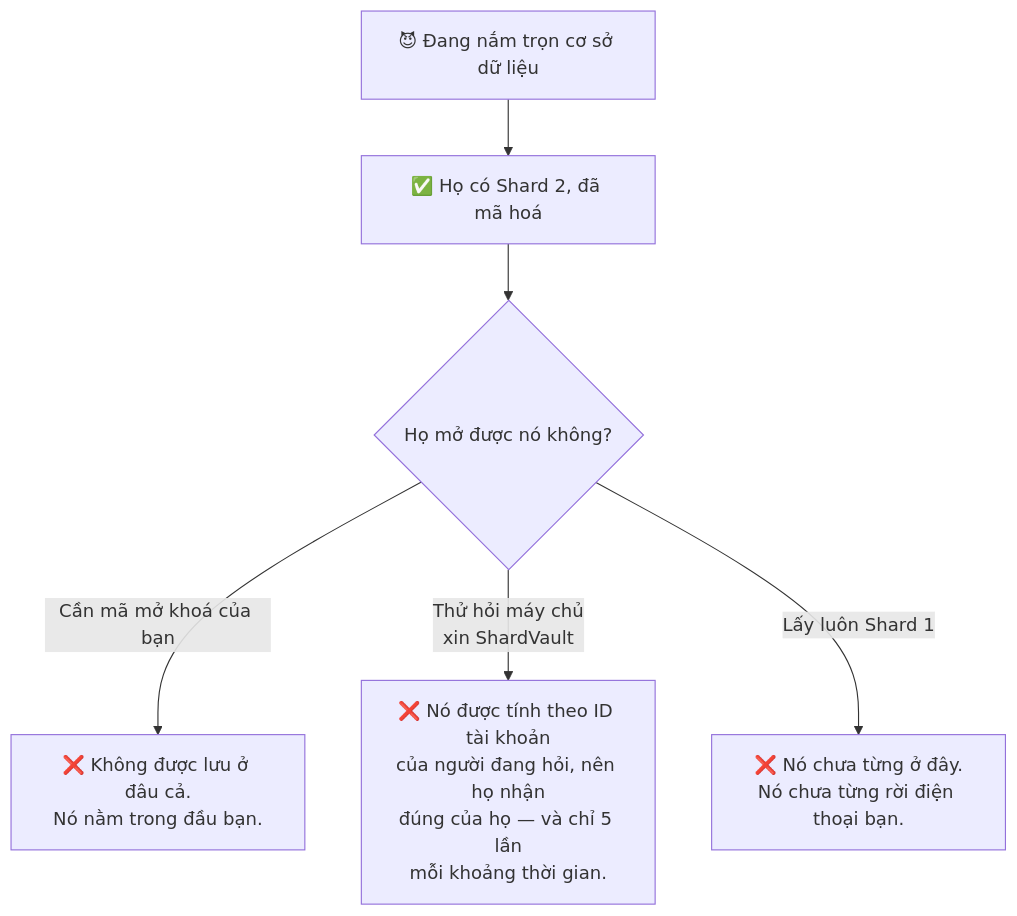
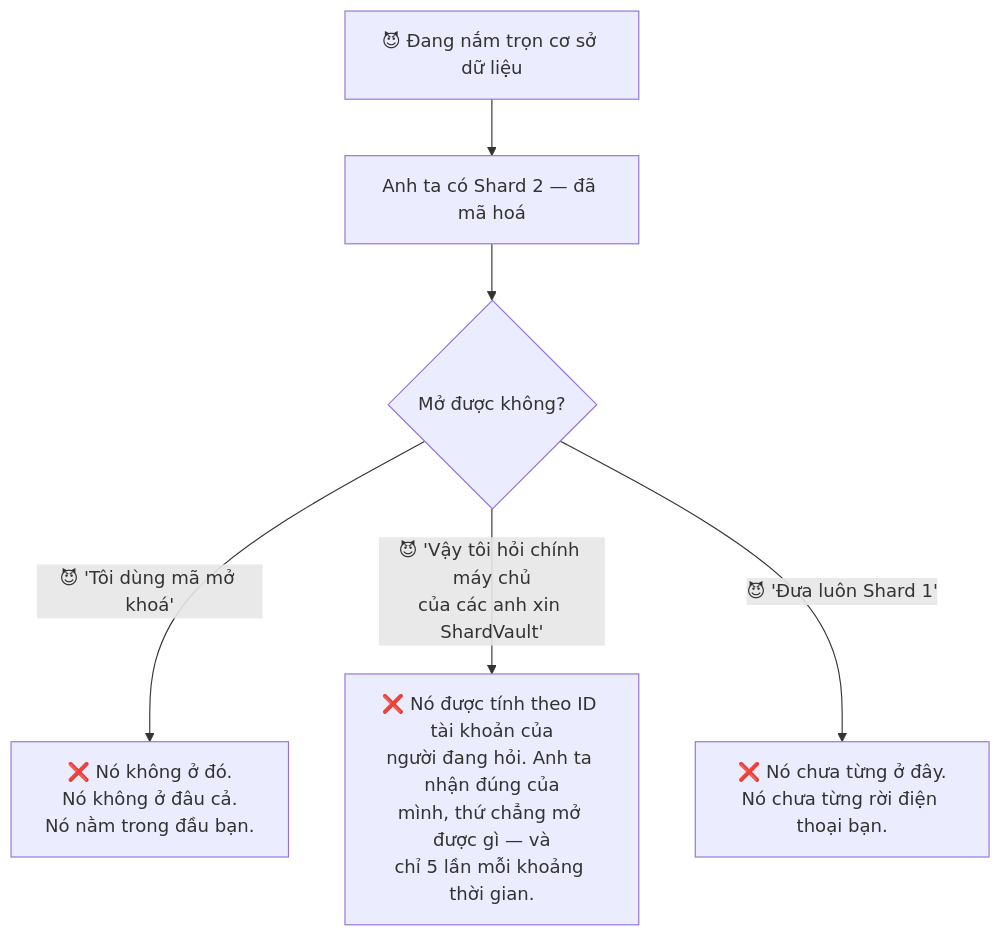
One commit to TuPhung369/passwordepic-website changed the fourth of 11 diagrams in i18n/vi/docusaurus-plugin-content-docs/current/attack-scenarios.md. Above: the diagram before and after it, drawn with Mermaid. The commit also changed other lines of this file and 6 other files, not shown here.

````diff
--- a/i18n/vi/docusaurus-plugin-content-docs/current/attack-scenarios.md
+++ b/i18n/vi/docusaurus-plugin-content-docs/current/attack-scenarios.md
@@ -78,8 +142,8 @@
 ```mermaid
 flowchart TD
-  A["😈 Đang nắm trọn cơ sở dữ liệu"] --> B["✅ Họ có Shard 2, đã mã hoá"]
-  B --> C{"Họ mở được nó không?"}
-  C -->|"Cần mã mở khoá của bạn"| D["❌ Không được lưu ở đâu cả.<br/>Nó nằm trong đầu bạn."]
-  C -->|"Thử hỏi máy chủ<br/>xin ShardVault"| E["❌ Nó được tính theo ID tài khoản<br/>của người đang hỏi, nên họ nhận<br/>đúng của họ — và chỉ 5 lần<br/>mỗi khoảng thời gian."]
-  C -->|"Lấy luôn Shard 1"| F["❌ Nó chưa từng ở đây.<br/>Nó chưa từng rời điện thoại bạn."]
+  A["😈 Đang nắm trọn cơ sở dữ liệu"] --> B["Anh ta có Shard 2 — đã mã hoá"]
+  B --> C{"Mở được không?"}
+  C -->|"😈 'Tôi dùng mã mở khoá'"| D["❌ Nó không ở đó.<br/>Nó không ở đâu cả.<br/>Nó nằm trong đầu bạn."]
+  C -->|"😈 'Vậy tôi hỏi chính máy chủ<br/>của các anh xin ShardVault'"| E["❌ Nó được tính theo ID tài khoản của<br/>người đang hỏi. Anh ta nhận đúng của<br/>mình, thứ chẳng mở được gì — và<br/>chỉ 5 lần mỗi khoảng thời gian."]
+  C -->|"😈 'Đưa luôn Shard 1'"| F["❌ Nó chưa từng ở đây.<br/>Nó chưa từng rời điện thoại bạn."]
 ```
````
